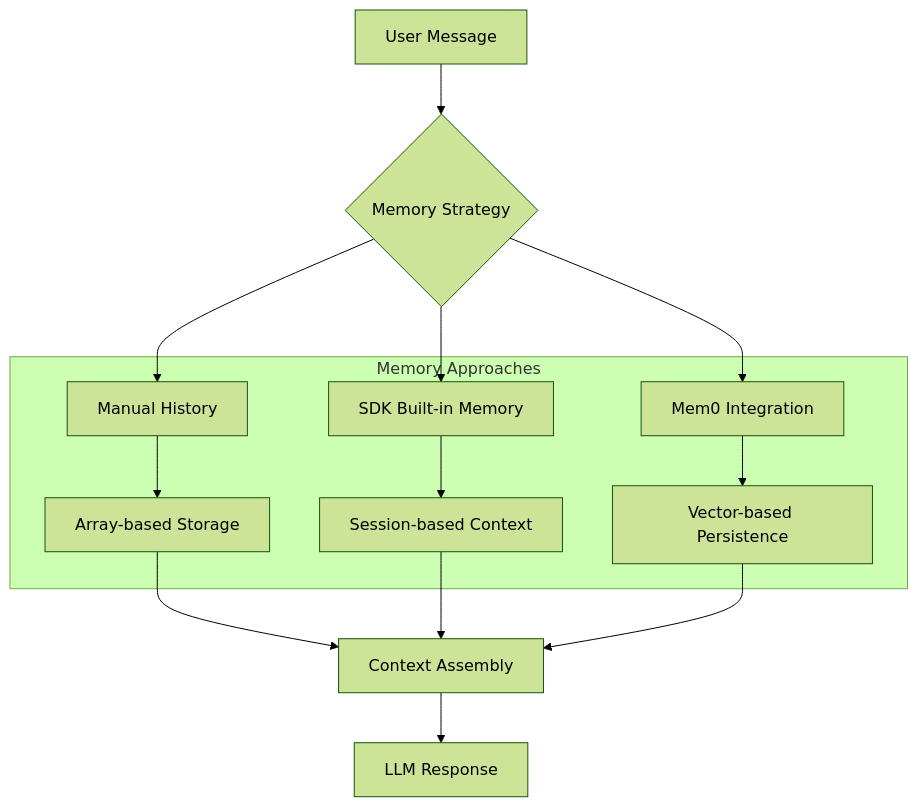
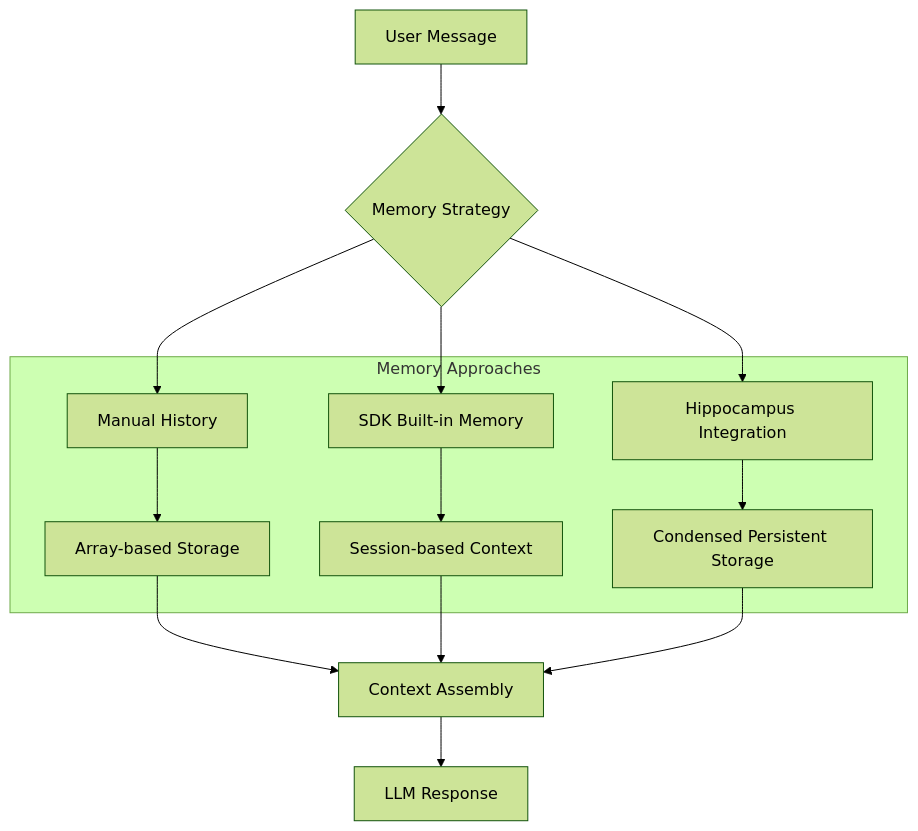
One commit to juspay/neurolink-blog changed the diagram in _posts/2025-08-18-conversation-memory-guide.md. Above: the diagram before and after it, drawn with Mermaid (forest theme). The commit also changed other lines of this file and 172 other files, not shown here.

````diff
--- a/_posts/2025-08-18-conversation-memory-guide.md
+++ b/_posts/2025-08-18-conversation-memory-guide.md
@@ -30,15 +30,15 @@
 ```mermaid
 flowchart TD
     subgraph Memory Approaches
         A[Manual History] --> B[Array-based Storage]
         C[SDK Built-in Memory] --> D[Session-based Context]
-        E[Mem0 Integration] --> F[Vector-based Persistence]
+        E[Hippocampus Integration] --> F[Condensed Persistent Storage]
     end
 
     I[User Message] --> J{Memory Strategy}
     J --> A
     J --> C
     J --> E
     B & D & F --> K[Context Assembly]
     K --> L[LLM Response]
 ```
````
